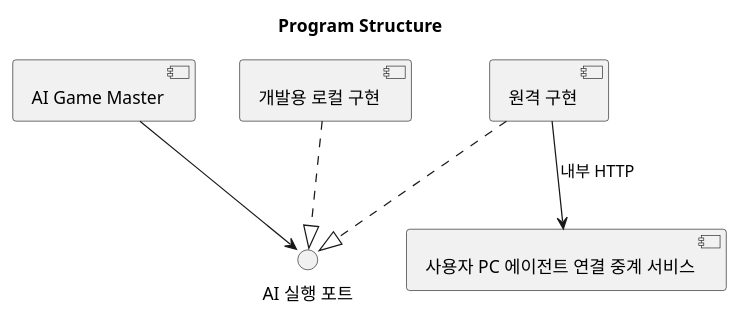
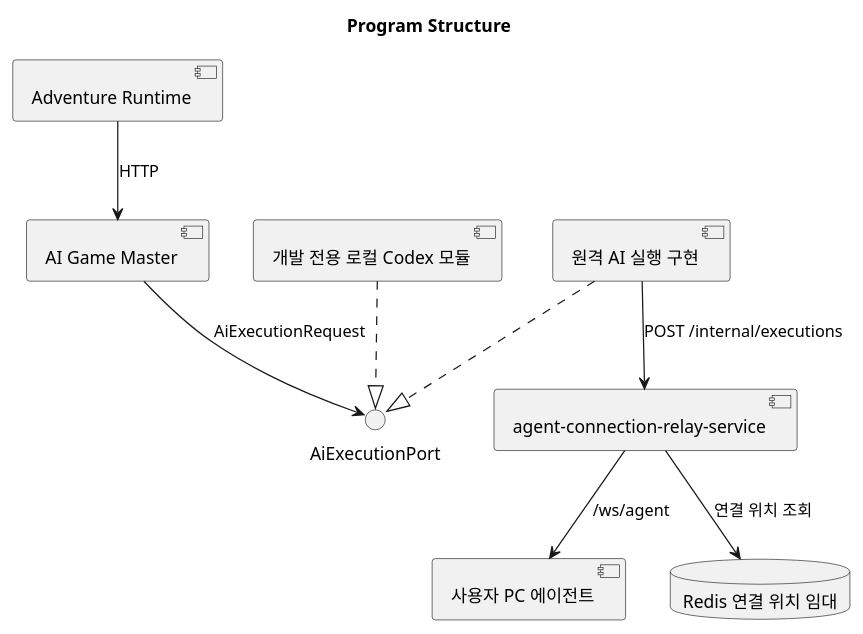
Before and after one commit to omegafrog/dnd-master: the third of 8 diagrams in docs/specs/remote-codex-agent-port/architecture-spec.md, drawn with PlantUML. The commit also changed other lines of this file and 13 other files, not shown here.

Commit message:
docs(remote-agent): align specs with implemented relay flow

````diff
--- a/docs/specs/remote-codex-agent-port/architecture-spec.md
+++ b/docs/specs/remote-codex-agent-port/architecture-spec.md
@@ -215,14 +233,20 @@
 ```plantuml
 @startuml
 title Program Structure
+component "Adventure Runtime" as adventure
 component "AI Game Master" as gm
-interface "AI 실행 포트" as port
-component "개발용 로컬 구현" as local
-component "원격 구현" as remote
-component "사용자 PC 에이전트 연결 중계 서비스" as relay
-gm --> port
+interface "AiExecutionPort" as port
+component "개발 전용 로컬 Codex 모듈" as local
+component "원격 AI 실행 구현" as remote
+component "agent-connection-relay-service" as relay
+component "사용자 PC 에이전트" as agent
+database "Redis 연결 위치 임대" as redis
+adventure --> gm : HTTP
+gm --> port : AiExecutionRequest
 local ..|> port
 remote ..|> port
-remote --> relay : 내부 HTTP
+remote --> relay : POST /internal/executions
+relay --> redis : 연결 위치 조회
+relay --> agent : /ws/agent
 @enduml
 ```
````
